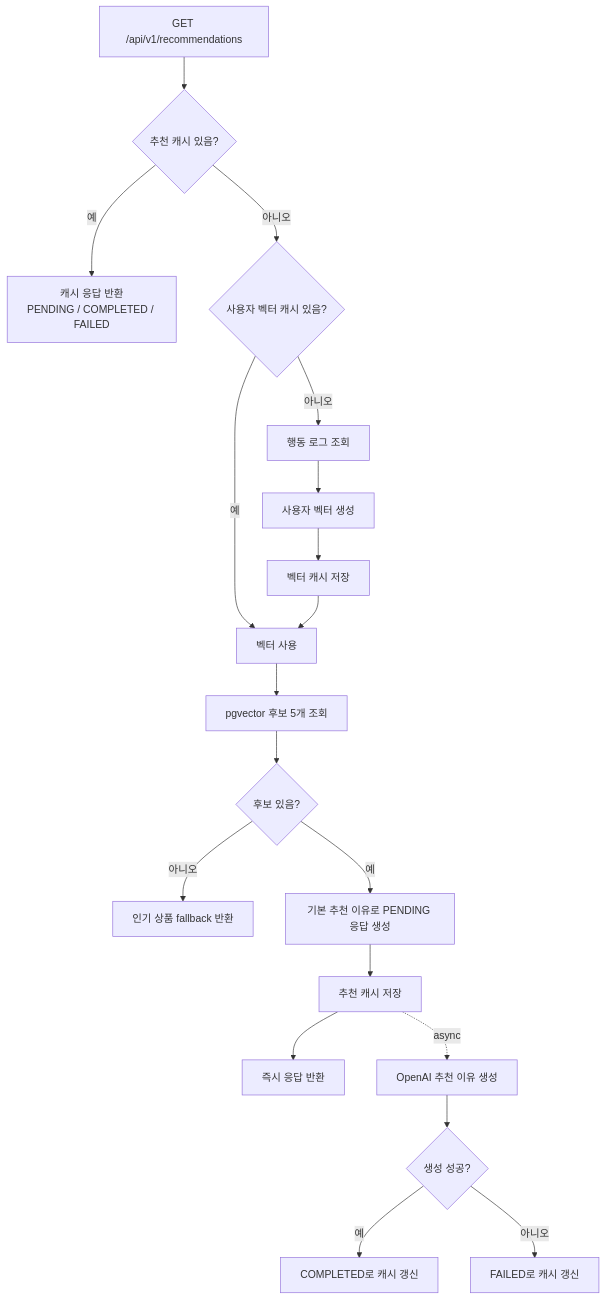
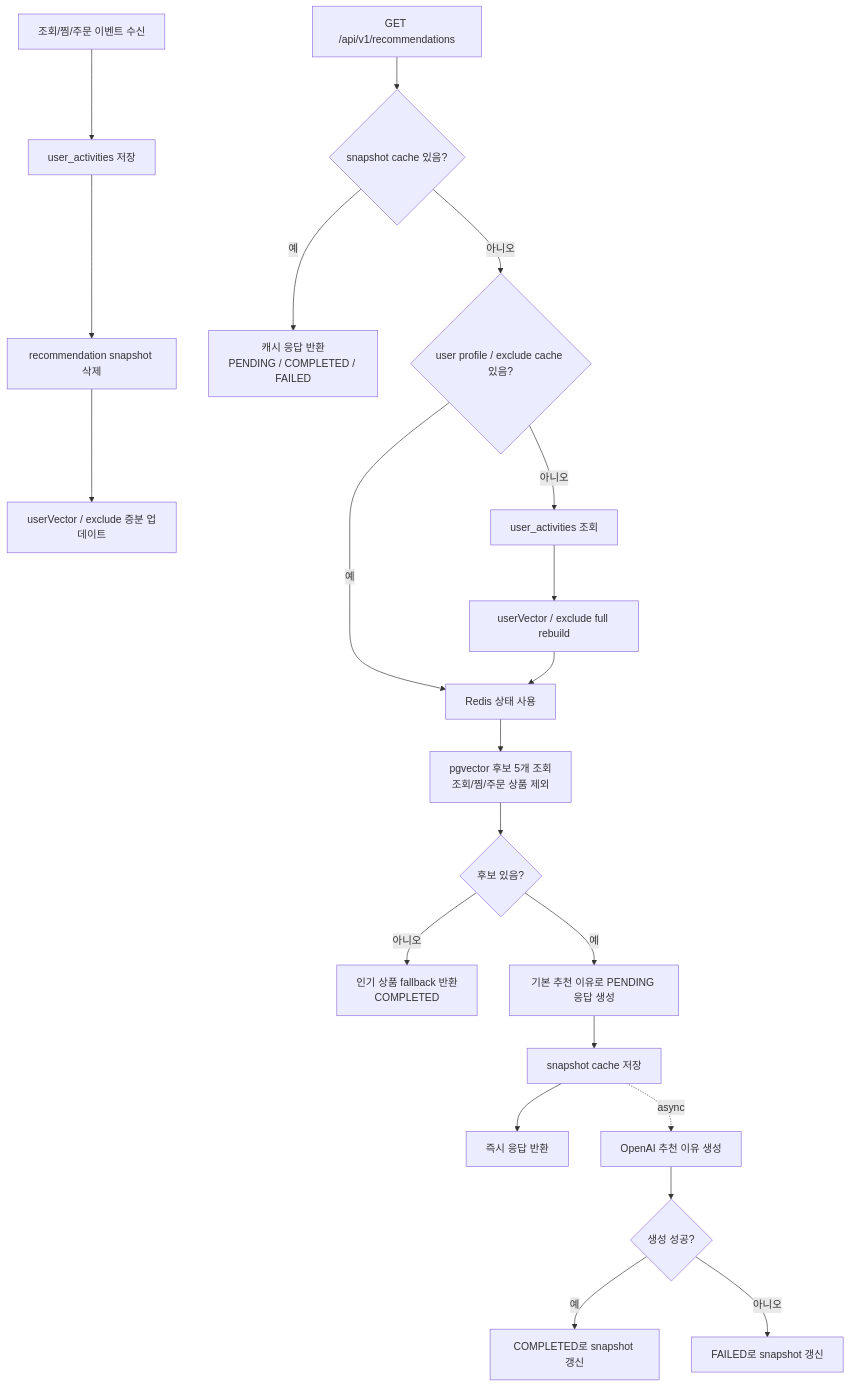
One commit to prgrms-be-adv-devcourse/beadv5_5_ChamomileChicken_BE changed the first of 2 diagrams in docs/ai/recommendation-logic.md. Above: the diagram before and after it, drawn with Mermaid. The commit also changed other lines of this file and 2 other files, not shown here.

````diff
--- a/docs/ai/recommendation-logic.md
+++ b/docs/ai/recommendation-logic.md
@@ -5,21 +5,24 @@
 ```mermaid
 flowchart TD
-    A["GET /api/v1/recommendations"] --> B{"추천 캐시 있음?"}
-    B -- 예 --> C["캐시 응답 반환<br/>PENDING / COMPLETED / FAILED"]
-    B -- 아니오 --> D{"사용자 벡터 캐시 있음?"}
-    D -- 예 --> E["벡터 사용"]
-    D -- 아니오 --> F["행동 로그 조회"]
-    F --> G["사용자 벡터 생성"]
-    G --> H["벡터 캐시 저장"]
-    H --> E
-    E --> I["pgvector 후보 5개 조회"]
-    I --> J{"후보 있음?"}
-    J -- 아니오 --> K["인기 상품 fallback 반환"]
-    J -- 예 --> L["기본 추천 이유로 PENDING 응답 생성"]
-    L --> M["추천 캐시 저장"]
-    M --> N["즉시 응답 반환"]
-    M -. async .-> O["OpenAI 추천 이유 생성"]
-    O --> P{"생성 성공?"}
-    P -- 예 --> Q["COMPLETED로 캐시 갱신"]
-    P -- 아니오 --> R["FAILED로 캐시 갱신"]
+    A["조회/찜/주문 이벤트 수신"] --> B["user_activities 저장"]
+    B --> C["recommendation snapshot 삭제"]
+    C --> D["userVector / exclude 증분 업데이트"]
+
+    E["GET /api/v1/recommendations"] --> F{"snapshot cache 있음?"}
+    F -- 예 --> G["캐시 응답 반환<br/>PENDING / COMPLETED / FAILED"]
+    F -- 아니오 --> H{"user profile / exclude cache 있음?"}
+    H -- 예 --> I["Redis 상태 사용"]
+    H -- 아니오 --> J["user_activities 조회"]
+    J --> K["userVector / exclude full rebuild"]
+    K --> I
+    I --> L["pgvector 후보 5개 조회<br/>조회/찜/주문 상품 제외"]
+    L --> M{"후보 있음?"}
+    M -- 아니오 --> N["인기 상품 fallback 반환<br/>COMPLETED"]
+    M -- 예 --> O["기본 추천 이유로 PENDING 응답 생성"]
+    O --> P["snapshot cache 저장"]
+    P --> Q["즉시 응답 반환"]
+    P -. async .-> R["OpenAI 추천 이유 생성"]
+    R --> S{"생성 성공?"}
+    S -- 예 --> T["COMPLETED로 snapshot 갱신"]
+    S -- 아니오 --> U["FAILED로 snapshot 갱신"]
 ```
````
